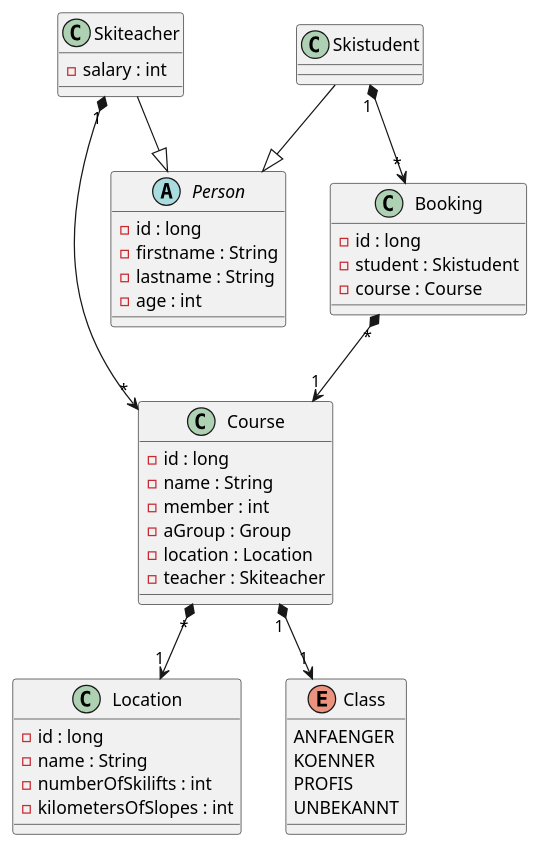
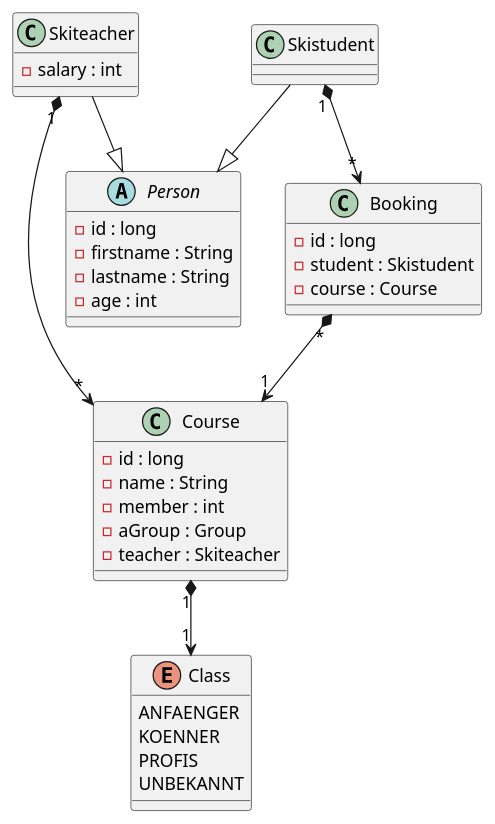
Before and after one commit to 2122-5ahitm-sew/01-microproject-Primetzvan: the diagram in asciidocs/plantuml/cld.puml, drawn with PlantUML. The commit also changed 1 other file, not shown here.

```diff
--- a/asciidocs/plantuml/cld.puml
+++ b/asciidocs/plantuml/cld.puml
@@ -1,114 +1,44 @@
 @startuml
 
 abstract class Person {
 - id : long
 - firstname : String
 - lastname : String
 - age : int
 }
 
 class Skiteacher {
 - salary : int
 }
 
 class Skistudent{
 }
 
 class Course{
 - id : long
 - name : String
 - member : int
 - aGroup : Group
-- location : Location
 - teacher : Skiteacher
-}
-
-class Location{
-- id : long
-- name : String
-- numberOfSkilifts : int
-- kilometersOfSlopes : int
 }
 
 class Booking{
 - id : long
 - student : Skistudent
 - course : Course
 }
-
-'class SkistudentRepository{
-'+ skistudentList : List<Skistudent>
-'}
-'
-'class SkiteacherRepository{
-'+ skiteacherList : List<Skiteacher>
-'}
-'
-'class CourseRepository{
-'+ courseList : List<Course>
-'}
-'
-'class LocationRepository{
-'+ locationList : List<Location>
-'}
-'
-'class SkistudentService{
-'+ repoCourse : CourseRepository
-'+ repoTeacher : SkiteacherRepository
-'+ repoStudent : SkistudentRepository
-'}
-'
-'class SkiteacherService{
-'+ repoCourse : CourseRepository
-'+ repoTeacher : SkiteacherRepository
-'+ repoStudent : SkistudentRepository
-'}
-'
-'class CourseService{
-'+ repoCourse : CourseRepository
-'+ repoTeacher : SkiteacherRepository
-'+ repoStudent : SkistudentRepository
-'}
-'
-'class LocationService{
-'+ repoLocation : LocationRepository
-'}
-
-'interface Repository
 
 enum Class {
 ANFAENGER
 KOENNER
 PROFIS
 UNBEKANNT
 }
 
 Skiteacher "1" *--> "*" Course
 Skistudent "1" *--> "*" Booking
 Booking "*" *--> "1" Course
 Skiteacher --|> Person
 Skistudent --|> Person
-'SkiteacherRepository --> Repository
-'SkistudentRepository --> Repository
-'LocationRepository --> Repository
 Course "1" *--> "1" Class
-Course "*" *--> "1" Location
-
-'SkiteacherRepository "1" *--> "*" Skiteacher
-'SkistudentRepository "1" *--> "*" Skistudent
-'CourseRepository "1" *--> "*" Course
-'LocationRepository "1" *--> "*" Location
-
-'SkiteacherService "1" *--> "1" SkiteacherRepository
-'SkiteacherService "1" *--> "1" CourseRepository
-
-'SkistudentService "1" *--> "1" SkistudentRepository
-'SkistudentService "1" *--> "1" CourseRepository
-
-'CourseService "1" *--> "1" CourseRepository
-'CourseService "1" *--> "1" LocationRepository
-'
-'LocationService "1" *--> "1" LocationRepository
-
-
 @enduml
```
